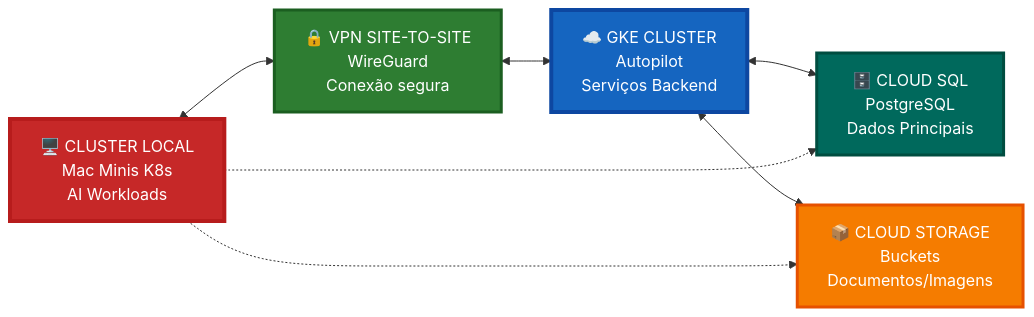
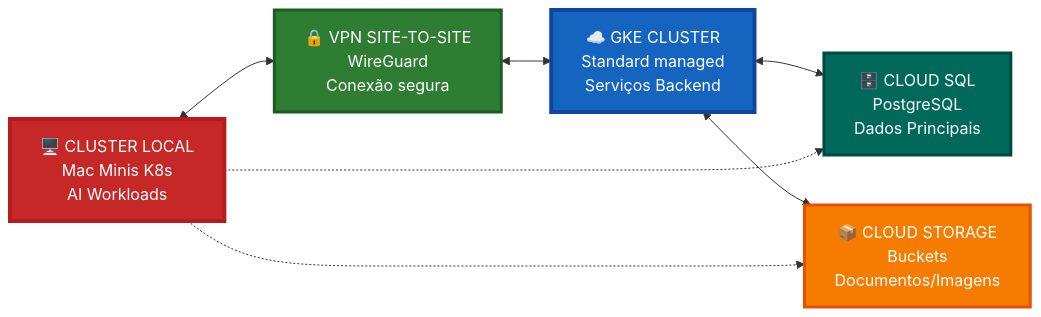
The third of 10 diagrams in ARCHITECTURE.md (brunovlucena/prontuario), drawn with Mermaid before and after one commit. The commit also changed other lines of this file and 2 other files, not shown here.

````diff
--- a/ARCHITECTURE.md
+++ b/ARCHITECTURE.md
@@ -95,25 +96,25 @@
 ```mermaid
 flowchart LR
     LocalK8s["🖥️ CLUSTER LOCAL<br/>Mac Minis K8s<br/>AI Workloads"]
     
     VPN["🔒 VPN SITE-TO-SITE<br/>WireGuard<br/>Conexão segura"]
     
-    GKE["☁️ GKE CLUSTER<br/>Autopilot<br/>Serviços Backend"]
+    GKE["☁️ GKE CLUSTER<br/>Standard managed<br/>Serviços Backend"]
     
     CloudSQL["🗄️ CLOUD SQL<br/>PostgreSQL<br/>Dados Principais"]
     
     CloudStorage["📦 CLOUD STORAGE<br/>Buckets<br/>Documentos/Imagens"]
 
     LocalK8s <--> VPN
     VPN <--> GKE
     GKE <--> CloudSQL
     GKE <--> CloudStorage
     LocalK8s -.-> CloudSQL
     LocalK8s -.-> CloudStorage
 
     style LocalK8s fill:#C62828,stroke:#B71C1C,stroke-width:4px,color:#fff
     style VPN fill:#2E7D32,stroke:#1B5E20,stroke-width:3px,color:#fff
     style GKE fill:#1565C0,stroke:#0D47A1,stroke-width:4px,color:#fff
     style CloudSQL fill:#00695C,stroke:#004D40,stroke-width:3px,color:#fff
     style CloudStorage fill:#F57C00,stroke:#E65100,stroke-width:3px,color:#fff
 ```
````
